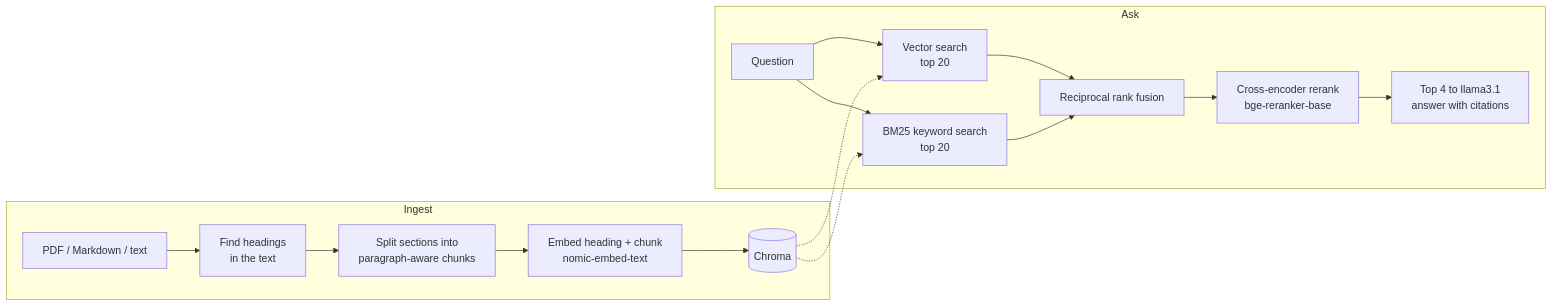
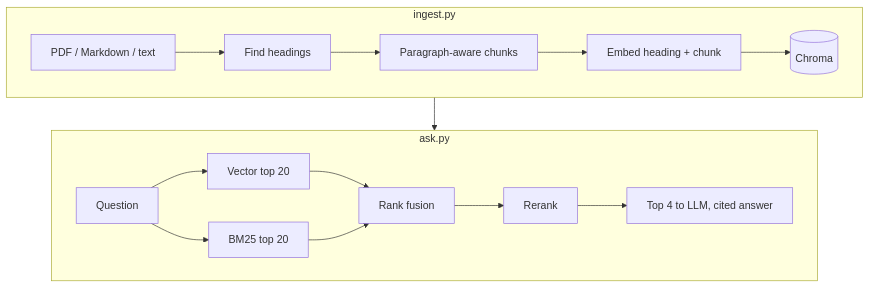
One commit to naman-sriv/pdf-chat changed the diagram in README.md. Above: the diagram before and after it, drawn with Mermaid. The commit also changed other lines of this file, not shown here.

Commit message:
README: stack the diagram's stages so it is readable, wrap sample output

````diff
--- a/README.md
+++ b/README.md
@@ -23,19 +24,13 @@
 ```mermaid
-flowchart LR
-    subgraph Ingest
-        A[PDF / Markdown / text] --> B[Find headings<br/>in the text]
-        B --> C[Split sections into<br/>paragraph-aware chunks]
-        C --> D[Embed heading + chunk<br/>nomic-embed-text]
-        D --> E[(Chroma)]
+flowchart TB
+    subgraph Ingest["ingest.py"]
+        direction LR
+        A[PDF / Markdown / text] --> B[Find headings] --> C[Paragraph-aware chunks] --> D[Embed heading + chunk] --> E[(Chroma)]
     end
-    subgraph Ask
-        Q[Question] --> V[Vector search<br/>top 20]
-        Q --> K[BM25 keyword search<br/>top 20]
-        V --> F[Reciprocal rank fusion]
-        K --> F
-        F --> R[Cross-encoder rerank<br/>bge-reranker-base]
-        R --> L[Top 4 to llama3.1<br/>answer with citations]
+    subgraph Ask["ask.py"]
+        direction LR
+        Q[Question] --> V[Vector top 20] & K[BM25 top 20]
+        V & K --> F[Rank fusion] --> R[Rerank] --> L[Top 4 to LLM, cited answer]
     end
-    E -.-> V
-    E -.-> K
+    Ingest --> Ask
 ```
````
